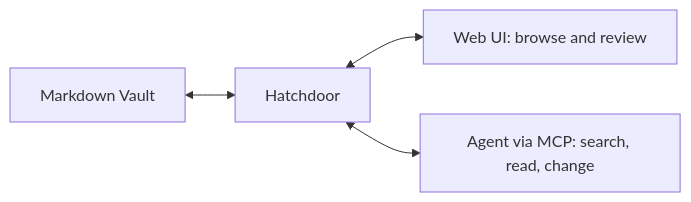
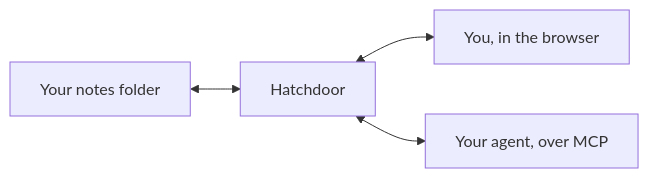
Before and after one commit to BatterWorks/Hatchdoor: the diagram in docs/user-vault/Home.md, drawn with Mermaid. The commit also changed other lines of this file and 22 other files, not shown here.

````diff
--- a/docs/user-vault/Home.md
+++ b/docs/user-vault/Home.md
@@ -13,6 +10,6 @@
 ```mermaid
 flowchart LR
-    V[Markdown Vault] <--> H[Hatchdoor]
-    H <--> W[Web UI: browse and review]
-    H <--> M[Agent via MCP: search, read, change]
+    V[Your notes folder] <--> H[Hatchdoor]
+    H <--> W[You, in the browser]
+    H <--> M[Your agent, over MCP]
 ```
````
